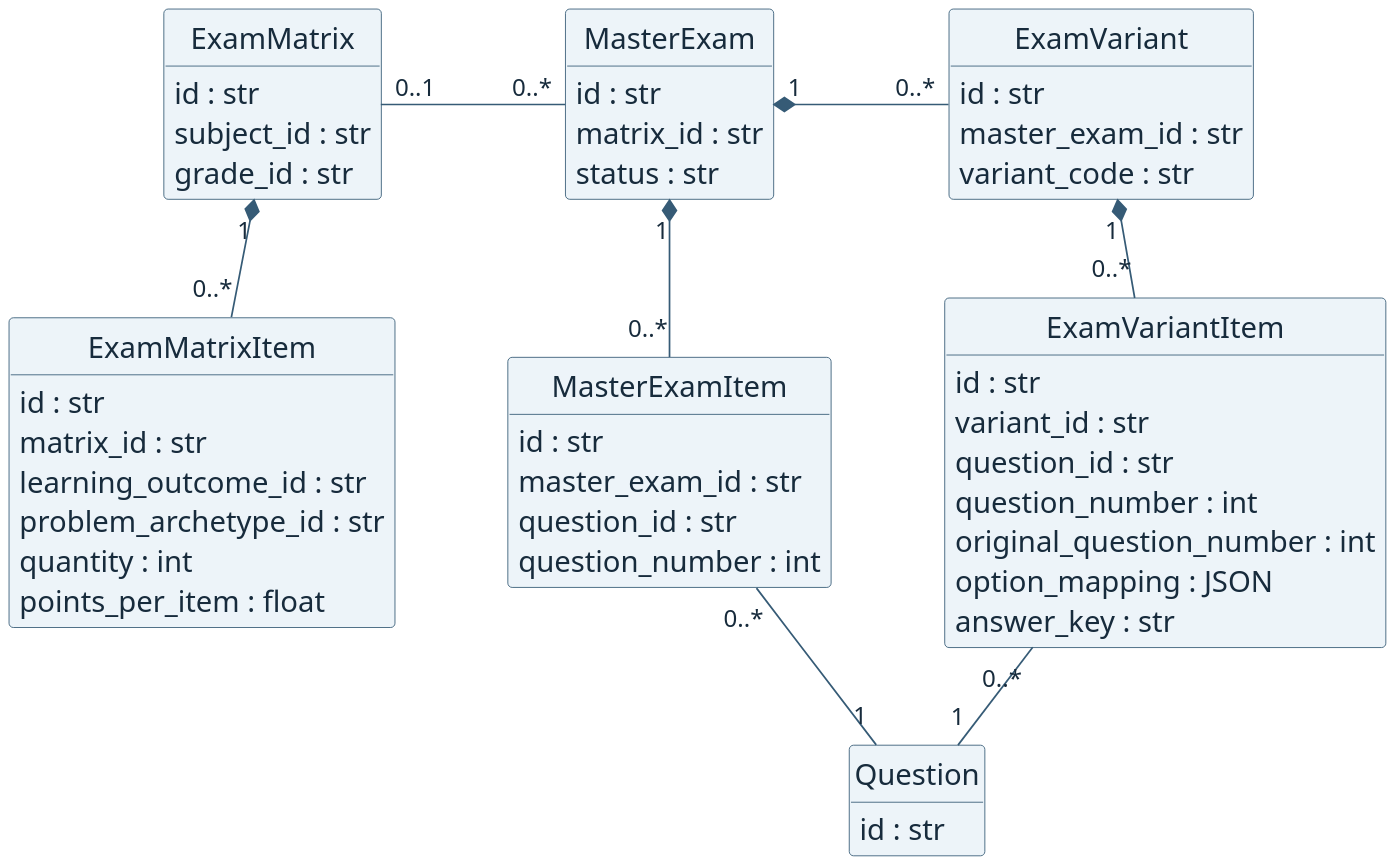
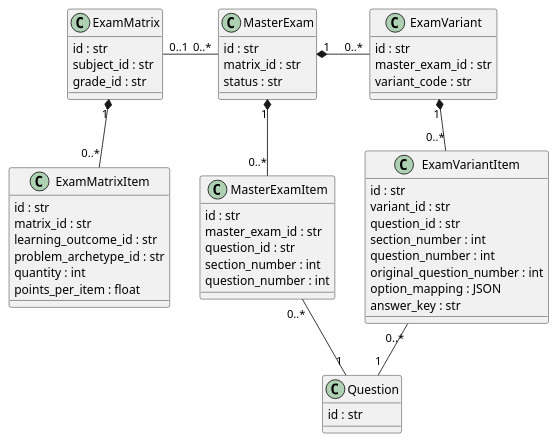
Before and after one commit to ngnsusinn/quesy: the diagram in docs/bao_cao_hien_trang/plantuml/class_exams.puml, drawn with PlantUML. The commit also changed 24 other files, not shown here.

Commit message:
docs: rewrite Quesy system reports with default PlantUML diagrams

```diff
--- a/docs/bao_cao_hien_trang/plantuml/class_exams.puml
+++ b/docs/bao_cao_hien_trang/plantuml/class_exams.puml
@@ -1,71 +1,52 @@
 @startuml
-skinparam backgroundColor white
-skinparam defaultFontName Segoe UI
-skinparam defaultFontSize 17
-skinparam shadowing false
-skinparam ArrowColor #365B76
-skinparam defaultFontColor #172B3C
-skinparam nodesep 24
-skinparam ranksep 26
-scale 2
-hide circle
-hide empty methods
-skinparam classBackgroundColor #EDF4F9
-skinparam classBorderColor #365B76
-skinparam classAttributeFontSize 17
-skinparam classAttributeIconSize 0
-skinparam ArrowFontSize 14
-skinparam nodesep 66
-skinparam ranksep 57
-
 class ExamMatrix {
   id : str
   subject_id : str
   grade_id : str
 }
 class MasterExam {
   id : str
   matrix_id : str
   status : str
 }
 class ExamVariant {
   id : str
   master_exam_id : str
   variant_code : str
 }
 class ExamMatrixItem {
   id : str
   matrix_id : str
   learning_outcome_id : str
   problem_archetype_id : str
   quantity : int
   points_per_item : float
 }
 class MasterExamItem {
   id : str
   master_exam_id : str
   question_id : str
+  section_number : int
   question_number : int
 }
 class ExamVariantItem {
   id : str
   variant_id : str
   question_id : str
+  section_number : int
   question_number : int
   original_question_number : int
   option_mapping : JSON
   answer_key : str
 }
 class Question {
   id : str
 }
 ExamMatrix "0..1" -right- "0..*" MasterExam
 MasterExam "1" *-right- "0..*" ExamVariant
 ExamMatrix "1" *-down- "0..*" ExamMatrixItem
 MasterExam "1" *-down- "0..*" MasterExamItem
 ExamVariant "1" *-down- "0..*" ExamVariantItem
 MasterExamItem "0..*" -down- "1" Question
 ExamVariantItem "0..*" -down- "1" Question
-ExamMatrixItem -[hidden]right- MasterExamItem
-MasterExamItem -[hidden]right- ExamVariantItem
 @enduml
```
